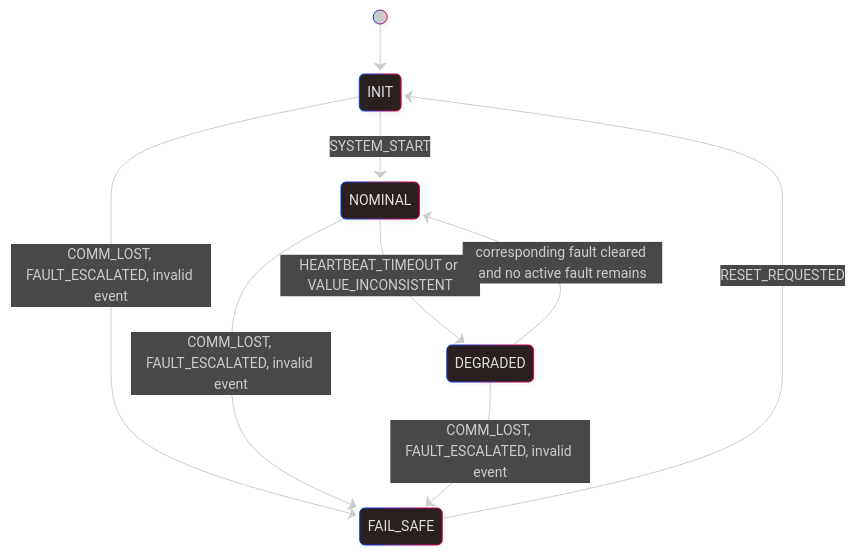
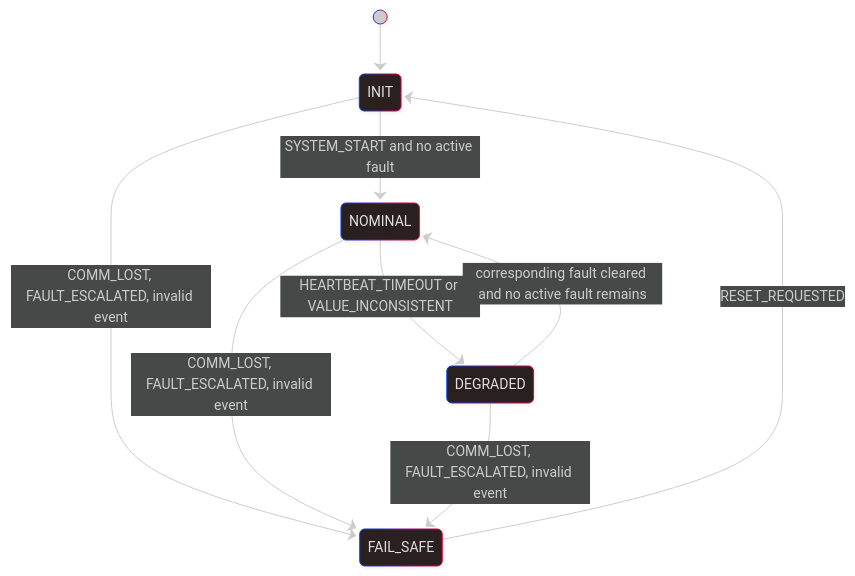
The diagram in docs/state-machine.md (PGADS-Dev/Sentinel-Dual-Control-System), drawn with Mermaid before and after one commit. The commit also changed other lines of this file, not shown here.

````diff
--- a/docs/state-machine.md
+++ b/docs/state-machine.md
@@ -226,20 +229,20 @@
 ```mermaid
 ---
 config:
   theme: neo-dark
   layout: dagre
   look: neo
 ---
 stateDiagram-v2
     [*] --> INIT
-    INIT --> NOMINAL: SYSTEM_START
+    INIT --> NOMINAL: SYSTEM_START and no active fault
     INIT --> FAIL_SAFE: COMM_LOST, FAULT_ESCALATED, invalid event
 
     NOMINAL --> DEGRADED: HEARTBEAT_TIMEOUT or VALUE_INCONSISTENT
     NOMINAL --> FAIL_SAFE: COMM_LOST, FAULT_ESCALATED, invalid event
 
     DEGRADED --> NOMINAL: corresponding fault cleared and no active fault remains
     DEGRADED --> FAIL_SAFE: COMM_LOST, FAULT_ESCALATED, invalid event
 
     FAIL_SAFE --> INIT: RESET_REQUESTED
 ```
````
